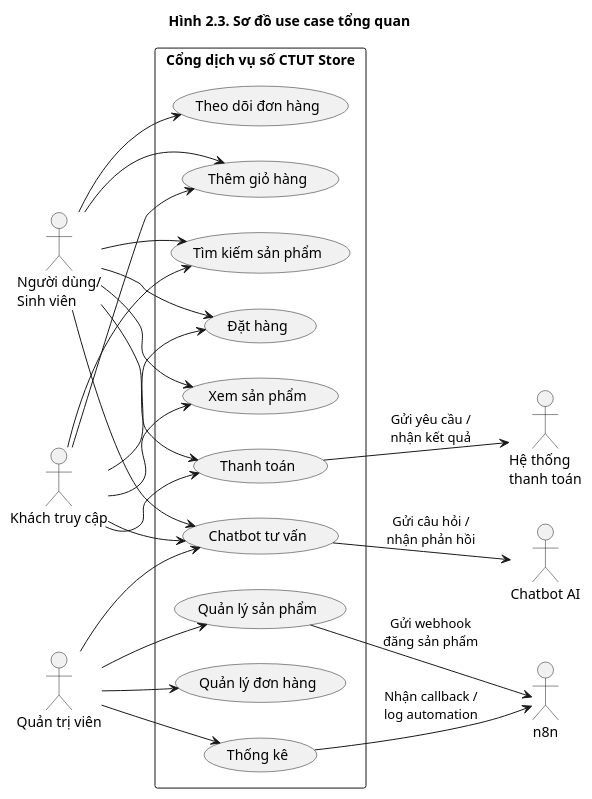
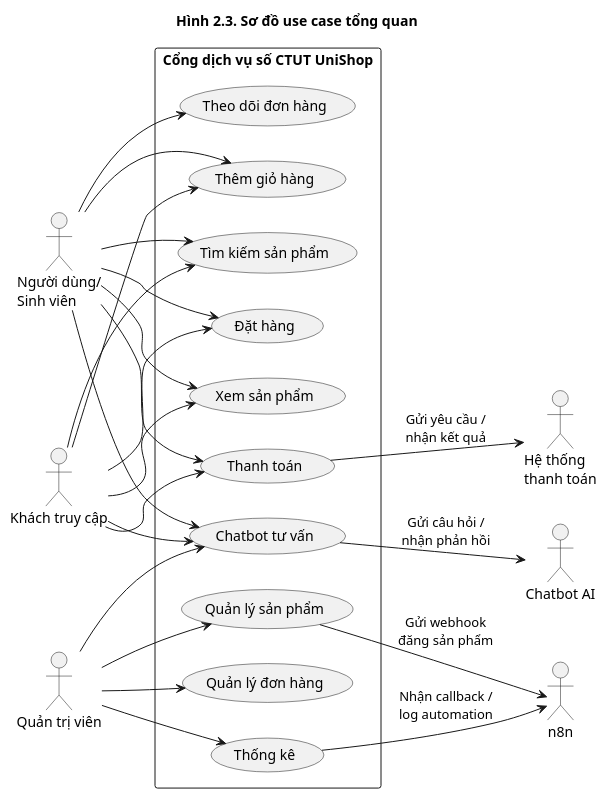
One commit to VanMong2004/NCKH changed the diagram in docs/plantuml/hinh-2-3-use-case-tong-quan.puml. Above: the diagram before and after it, drawn with PlantUML. The commit also changed 3 other files, not shown here.

Commit message:
đồng bộ tên thành CTUT UniShop

```diff
--- a/docs/plantuml/hinh-2-3-use-case-tong-quan.puml
+++ b/docs/plantuml/hinh-2-3-use-case-tong-quan.puml
@@ -1,53 +1,53 @@
 @startuml
 title Hình 2.3. Sơ đồ use case tổng quan
 
 skinparam shadowing false
 skinparam defaultFontName Arial
 left to right direction
 
 actor "Khách truy cập" as Guest
 actor "Người dùng/\nSinh viên" as User
 actor "Quản trị viên" as Admin
 actor "Hệ thống\nthanh toán" as PaymentSystem
 actor "Chatbot AI" as Chatbot
 actor "n8n" as N8N
 
-rectangle "Cổng dịch vụ số CTUT Store" {
+rectangle "Cổng dịch vụ số CTUT UniShop" {
   usecase "Xem sản phẩm" as UC_ViewProduct
   usecase "Tìm kiếm sản phẩm" as UC_Search
   usecase "Thêm giỏ hàng" as UC_Cart
   usecase "Đặt hàng" as UC_Order
   usecase "Thanh toán" as UC_Payment
   usecase "Theo dõi đơn hàng" as UC_TrackOrder
   usecase "Quản lý sản phẩm" as UC_AdminProduct
   usecase "Quản lý đơn hàng" as UC_AdminOrder
   usecase "Chatbot tư vấn" as UC_Chatbot
   usecase "Thống kê" as UC_Analytics
 }
 
 Guest --> UC_ViewProduct
 Guest --> UC_Search
 Guest --> UC_Cart
 Guest --> UC_Order
 Guest --> UC_Payment
 Guest --> UC_Chatbot
 
 User --> UC_ViewProduct
 User --> UC_Search
 User --> UC_Cart
 User --> UC_Order
 User --> UC_Payment
 User --> UC_TrackOrder
 User --> UC_Chatbot
 
 Admin --> UC_AdminProduct
 Admin --> UC_AdminOrder
 Admin --> UC_Analytics
 Admin --> UC_Chatbot
 
 UC_Payment --> PaymentSystem : Gửi yêu cầu /\nnhận kết quả
 UC_Chatbot --> Chatbot : Gửi câu hỏi /\nnhận phản hồi
 UC_AdminProduct --> N8N : Gửi webhook\nđăng sản phẩm
 UC_Analytics --> N8N : Nhận callback /\nlog automation
 
 @enduml
```
